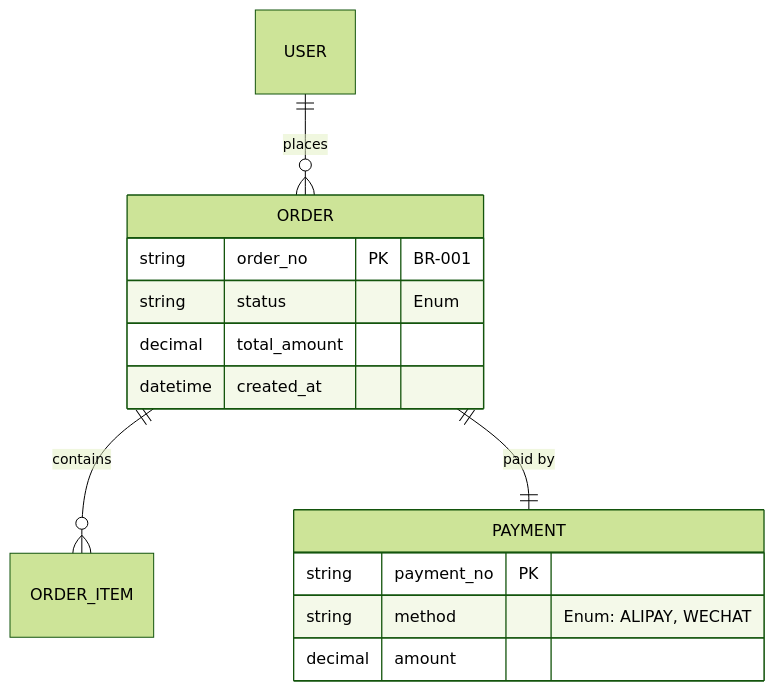
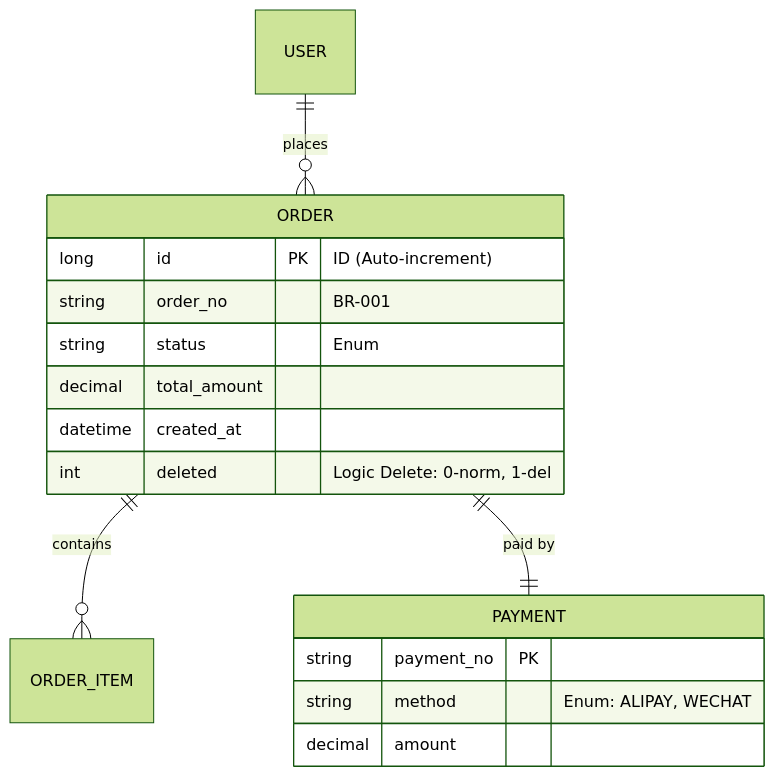
One commit to ruqinhu/blueprintharness changed the first of 2 diagrams in harness/spec/DOMAIN_MODEL.md. Above: the diagram before and after it, drawn with Mermaid (forest theme). The commit also changed 11 other files, not shown here.

````diff
--- a/harness/spec/DOMAIN_MODEL.md
+++ b/harness/spec/DOMAIN_MODEL.md
@@ -10,19 +10,21 @@
 ```mermaid
 erDiagram
     ORDER ||--o{ ORDER_ITEM : contains
     ORDER ||--|| PAYMENT : "paid by"
     USER ||--o{ ORDER : places
     
     ORDER {
-        string order_no PK "BR-001"
+        long id PK "ID (Auto-increment)"
+        string order_no "BR-001"
         string status "Enum"
         decimal total_amount
         datetime created_at
+        int deleted "Logic Delete: 0-norm, 1-del"
     }
     
     PAYMENT {
         string payment_no PK
         string method "Enum: ALIPAY, WECHAT"
         decimal amount
     }
 ```
````
